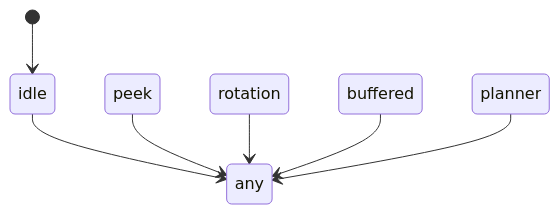
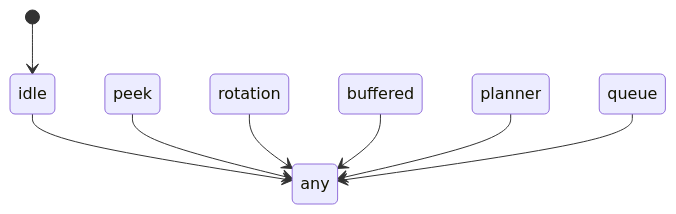
Before and after one commit to BouncySlime1215/redzone-everything: diagram 31 of 49 in docs/state-machines.md, drawn with Mermaid. The commit also changed other lines of this file and 10 other files, not shown here.

````diff
--- a/docs/state-machines.md
+++ b/docs/state-machines.md
@@ -847,9 +848,10 @@
 ```mermaid
 stateDiagram-v2
     [*] --> idle
     idle --> any
     peek --> any
     rotation --> any
     buffered --> any
     planner --> any
+    queue --> any
 ```
````
